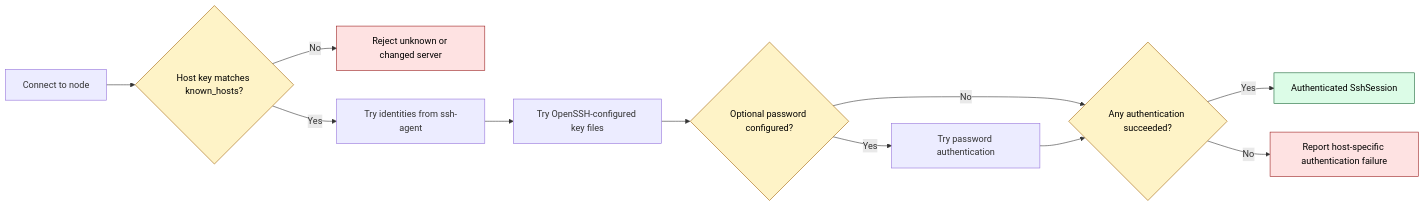
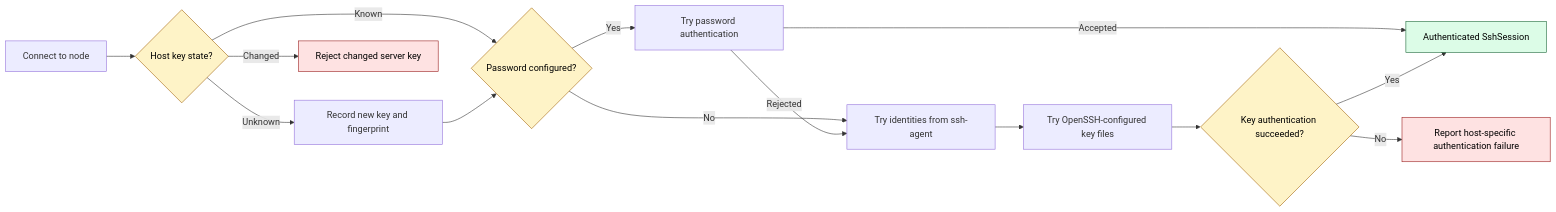
Before and after one commit to kmgowda/SBK: diagram 28 of 43 in docs/sbk-internals.md, drawn with Mermaid. The commit also changed other lines of this file and 6 other files, not shown here.

Commit message:
Improve SBK-GEM SSH authentication fallback

````diff
--- a/docs/sbk-internals.md
+++ b/docs/sbk-internals.md
@@ -2108,20 +2110,23 @@
 ```mermaid
 flowchart LR
-    START["Connect to node"] --> HOST{"Host key matches known_hosts?"}
-    HOST -->|No| REJECT["Reject unknown or changed server"]
-    HOST -->|Yes| AGENT["Try identities from ssh-agent"]
+    START["Connect to node"] --> HOST{"Host key state?"}
+    HOST -->|Unknown| RECORD["Record new key and fingerprint"]
+    HOST -->|Changed| REJECT["Reject changed server key"]
+    HOST -->|Known| PASS{"Password configured?"}
+    RECORD --> PASS
+    PASS -->|Yes| PASSWORD["Try password authentication"]
+    PASS -->|No| AGENT["Try identities from ssh-agent"]
+    PASSWORD -->|Rejected| AGENT
     AGENT --> FILES["Try OpenSSH-configured key files"]
-    FILES --> PASS{"Optional password configured?"}
-    PASS -->|Yes| PASSWORD["Try password authentication"]
-    PASS -->|No| RESULT{"Any authentication succeeded?"}
-    PASSWORD --> RESULT
-    RESULT -->|Yes| READY["Authenticated SshSession"]
+    PASSWORD -->|Accepted| READY["Authenticated SshSession"]
+    FILES --> RESULT{"Key authentication succeeded?"}
+    RESULT -->|Yes| READY
     RESULT -->|No| FAIL["Report host-specific authentication failure"]
 
     classDef good fill:#dcfce7,stroke:#166534,color:#000
     classDef bad fill:#fee2e2,stroke:#991b1b,color:#000
     classDef decision fill:#fef3c7,stroke:#a16207,color:#000
     class READY good
     class REJECT,FAIL bad
     class HOST,PASS,RESULT decision
 ```
````
